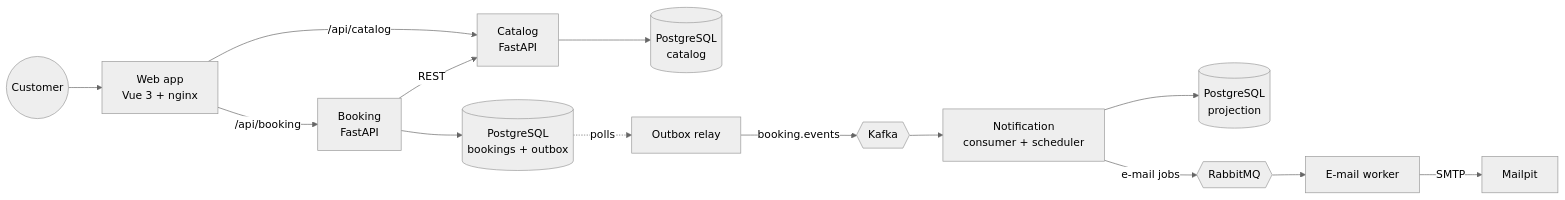
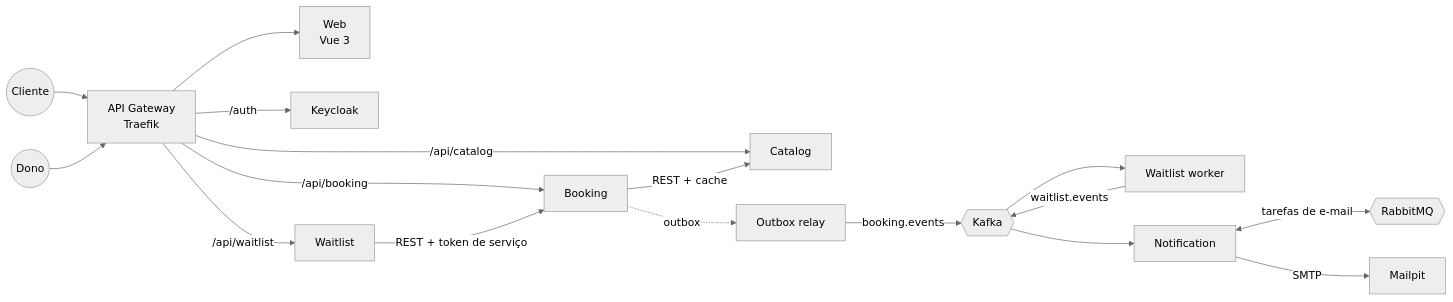
The first of 2 diagrams in README.md (dev-matheusfranca/VagaCerta), drawn with Mermaid (neutral theme) before and after one commit. The commit also changed other lines of this file and 17 other files, not shown here.

````diff
--- a/README.md
+++ b/README.md
@@ -80,16 +99,19 @@
 ```mermaid
 flowchart LR
-    user((Customer)) --> web["Web app<br/>Vue 3 + nginx"]
-    web -->|/api/catalog| catalog["Catalog<br/>FastAPI"]
-    web -->|/api/booking| booking["Booking<br/>FastAPI"]
-    booking -->|REST| catalog
-    catalog --> catalogdb[(PostgreSQL<br/>catalog)]
-    booking --> bookingdb[(PostgreSQL<br/>bookings + outbox)]
-    bookingdb -.->|polls| relay["Outbox relay"]
+    client((Cliente)) --> gateway
+    owner((Dono)) --> gateway
+    gateway["API Gateway<br/>Traefik"] --> web["Web<br/>Vue 3"]
+    gateway -->|/auth| keycloak["Keycloak"]
+    gateway -->|/api/catalog| catalog["Catalog"]
+    gateway -->|/api/booking| booking["Booking"]
+    gateway -->|/api/waitlist| waitlist["Waitlist"]
+    booking -->|REST + cache| catalog
+    waitlist -->|"REST + token de serviço"| booking
+    booking -.->|outbox| relay["Outbox relay"]
     relay -->|booking.events| kafka{{Kafka}}
-    kafka --> notification["Notification<br/>consumer + scheduler"]
-    notification --> notificationdb[(PostgreSQL<br/>projection)]
-    notification -->|e-mail jobs| rabbitmq{{RabbitMQ}}
-    rabbitmq --> worker["E-mail worker"]
-    worker -->|SMTP| mail["Mailpit"]
+    kafka --> worker["Waitlist worker"]
+    worker -->|waitlist.events| kafka
+    kafka --> notification["Notification"]
+    notification <-->|tarefas de e-mail| rabbitmq{{RabbitMQ}}
+    notification -->|SMTP| mailpit["Mailpit"]
 ```
````
